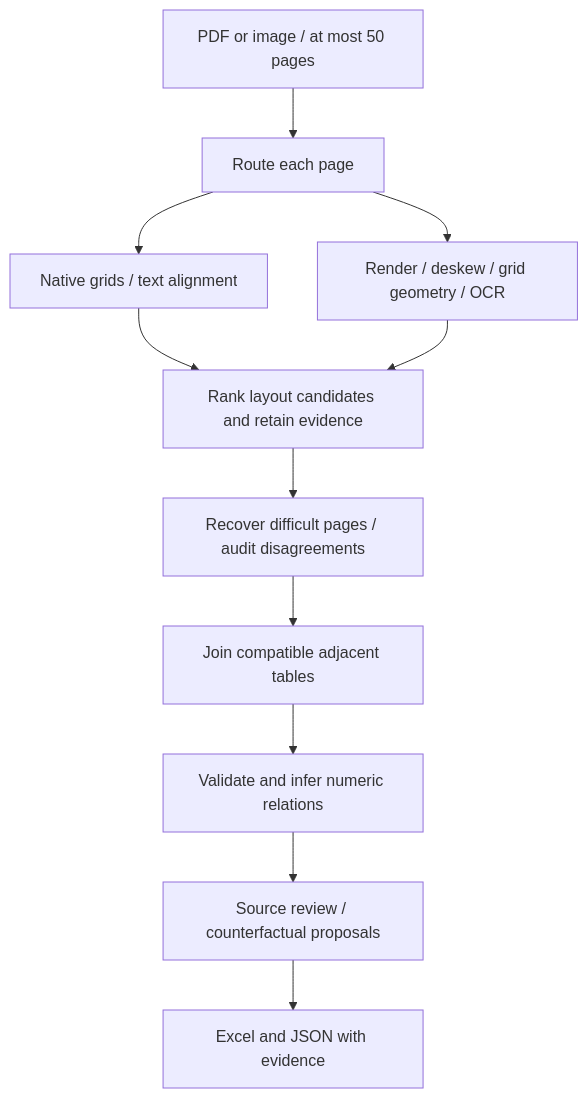
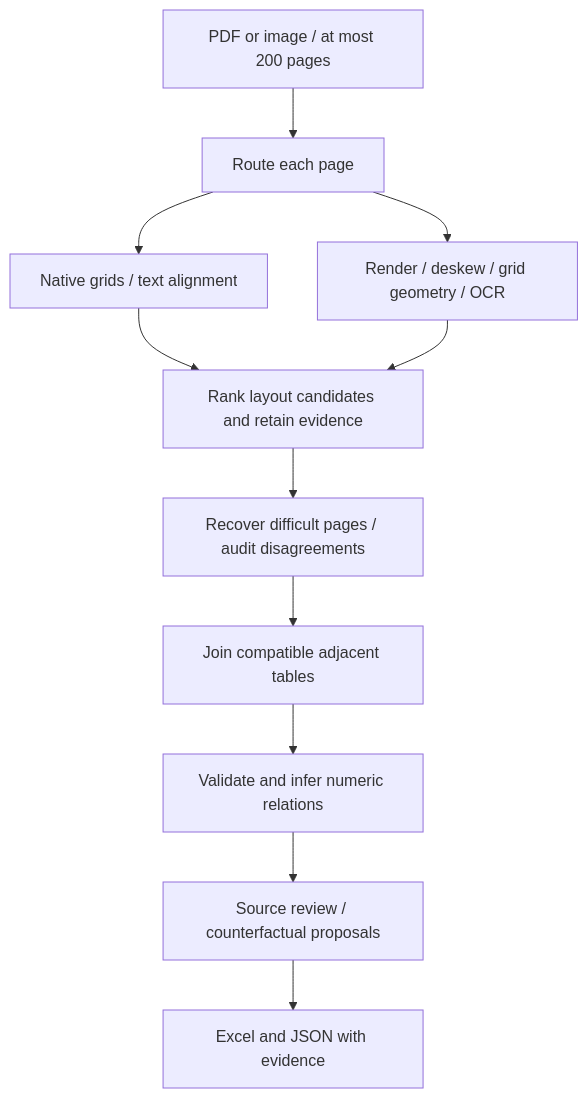
The diagram in README.md (Pranay207/Truecell), drawn with Mermaid before and after one commit. The commit also changed other lines of this file and 8 other files, not shown here.

Commit message:
Raise PDF limit to 200 pages

````diff
--- a/README.md
+++ b/README.md
@@ -95,13 +95,13 @@
 ```mermaid
 flowchart TD
-    A[PDF or image / at most 50 pages] --> B[Route each page]
+    A[PDF or image / at most 200 pages] --> B[Route each page]
     B --> C[Native grids / text alignment]
     B --> D[Render / deskew / grid geometry / OCR]
     C --> E[Rank layout candidates and retain evidence]
     D --> E
     E --> F[Recover difficult pages / audit disagreements]
     F --> G[Join compatible adjacent tables]
     G --> H[Validate and infer numeric relations]
     H --> I[Source review / counterfactual proposals]
     I --> J[Excel and JSON with evidence]
 ```
````
